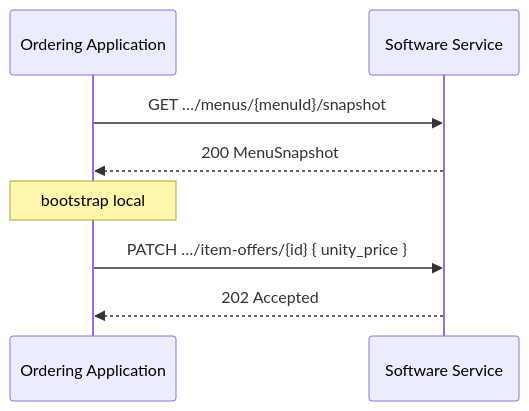
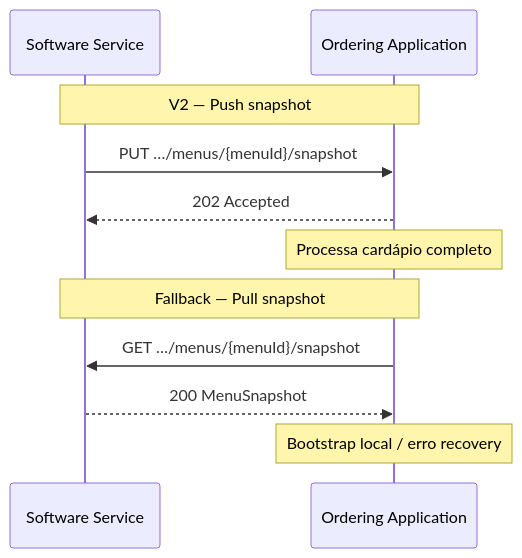
One commit to Abrasel-Nacional/opendelivery-v2 changed the diagram in docs/protocol/menu.md. Above: the diagram before and after it, drawn with Mermaid. The commit also changed other lines of this file and 7 other files, not shown here.

````diff
--- a/docs/protocol/menu.md
+++ b/docs/protocol/menu.md
@@ -66,11 +74,15 @@
 ```mermaid
 sequenceDiagram
- participant OA as Ordering Application
- participant SS as Software Service
+    participant SS as Software Service
+    participant OA as Ordering Application
 
- OA->>SS: GET …/menus/{menuId}/snapshot
- SS-->>OA: 200 MenuSnapshot
- Note over OA: bootstrap local
- OA->>SS: PATCH …/item-offers/{id} { unity_price }
- SS-->>OA: 202 Accepted
+    Note over SS,OA: V2 — Push snapshot
+    SS->>OA: PUT …/menus/{menuId}/snapshot
+    OA-->>SS: 202 Accepted
+    Note over OA: Processa cardápio completo
+
+    Note over SS,OA: Fallback — Pull snapshot
+    OA->>SS: GET …/menus/{menuId}/snapshot
+    SS-->>OA: 200 MenuSnapshot
+    Note over OA: Bootstrap local / erro recovery
 ```
````
